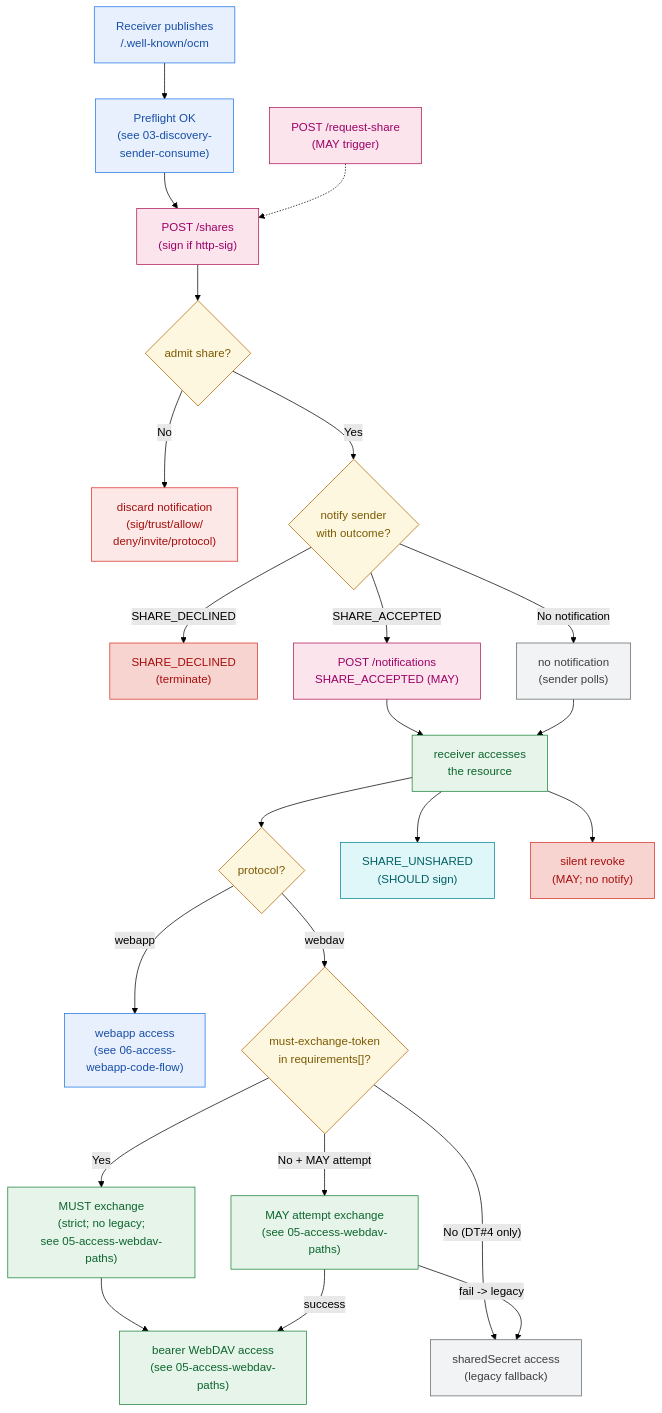
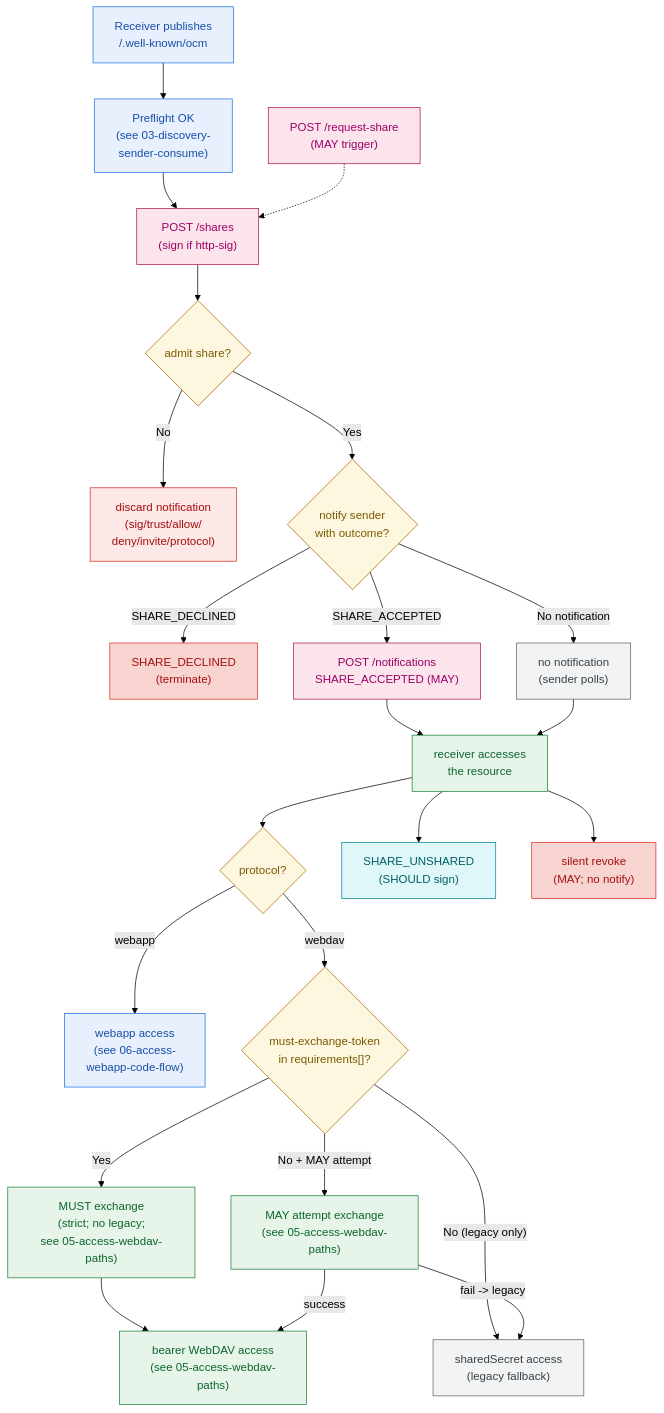
The diagram in diagrams/04-share-lifecycle.md (cs3org/OCM-API), drawn with Mermaid (forest theme) before and after one commit. The commit also changed other lines of this file and 2 other files, not shown here.

Commit message:
docs(diagrams): clean labels and webdav http-sig

````diff
--- a/diagrams/04-share-lifecycle.md
+++ b/diagrams/04-share-lifecycle.md
@@ -6,45 +6,45 @@
 ```mermaid
 flowchart TD
     RECV["Receiver publishes<br/>/.well-known/ocm"] --> PRE["Preflight OK<br/>(see 03-discovery-<br/>sender-consume)"]
     PRE --> CREATE["POST /shares<br/>(sign if http-sig)"]
     RFS["POST /request-share<br/>(MAY trigger)"] -.-> CREATE
     CREATE --> ADM{"admit share?"}
     ADM -- "No" --> DISC["discard notification<br/>(sig/trust/allow/<br/>deny/invite/protocol)"]
     ADM -- "Yes" --> NTF{"notify sender<br/>with outcome?"}
     NTF -- "SHARE_DECLINED" --> END_DECL["SHARE_DECLINED<br/>(terminate)"]
     NTF -- "SHARE_ACCEPTED" --> ACC["POST /notifications<br/>SHARE_ACCEPTED (MAY)"]
     NTF -- "No notification" --> NO_NTF["no notification<br/>(sender polls)"]
     ACC --> ACCESS["receiver accesses<br/>the resource"]
     NO_NTF --> ACCESS
     ACCESS --> N{"protocol?"}
     N -- "webapp" --> WAPP["webapp access<br/>(see 06-access-<br/>webapp-code-flow)"]
     N -- "webdav" --> EXW{"must-exchange-token<br/>in requirements[]?"}
     EXW -- "Yes" --> MUST["MUST exchange<br/>(strict; no legacy;<br/>see 05-access-webdav-paths)"]
-    EXW -- "No (DT#4 only)" --> Q["sharedSecret access<br/>(legacy fallback)"]
+    EXW -- "No (legacy only)" --> Q["sharedSecret access<br/>(legacy fallback)"]
     EXW -- "No + MAY attempt" --> ATT["MAY attempt exchange<br/>(see 05-access-webdav-paths)"]
     ATT -- "fail -> legacy" --> Q
     MUST --> BEAR["bearer WebDAV access<br/>(see 05-access-webdav-paths)"]
     ATT -- "success" --> BEAR
     ACCESS --> UNSH["SHARE_UNSHARED<br/>(SHOULD sign)"]
     ACCESS --> REVOKE["silent revoke<br/>(MAY; no notify)"]
 
     classDef disc fill:#e8f0fe,stroke:#1a73e8,color:#174ea6
     classDef gate fill:#fef7e0,stroke:#b06000,color:#7a5900
     classDef ok fill:#e6f4ea,stroke:#188038,color:#0d652d
     classDef fail fill:#fce8e6,stroke:#d93025,color:#a50e0e
     classDef term fill:#f7d4d0,stroke:#d93025,color:#a50e0e
     classDef neutral fill:#f1f3f4,stroke:#5f6368,color:#3c4043
     classDef share fill:#fce4ec,stroke:#ad1457,color:#9c0066
     classDef sign fill:#e0f7fa,stroke:#00838f,color:#006064
     classDef verify fill:#e8eaf6,stroke:#3949ab,color:#1a237e
 
     class RECV,PRE,WAPP disc
     class ADM,NTF,N,EXW gate
     class CREATE,RFS,ACC share
     class ACCESS ok
     class DISC fail
     class END_DECL,REVOKE term
     class NO_NTF,Q neutral
     class MUST,ATT,BEAR ok
     class UNSH sign
 ```
````
